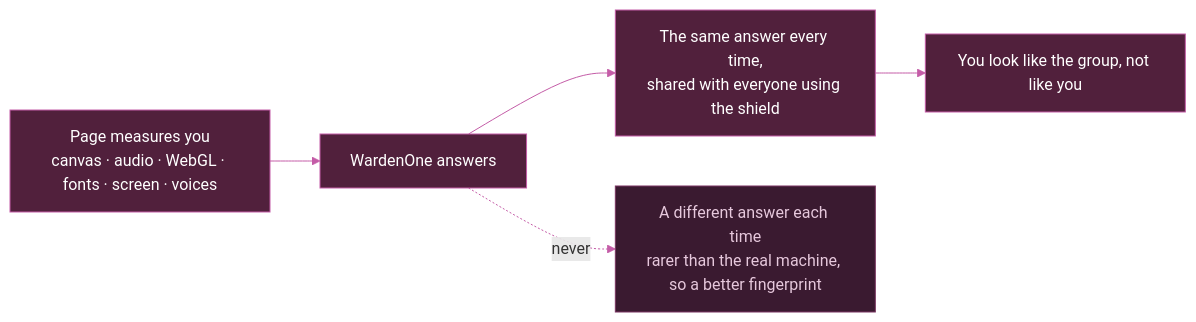
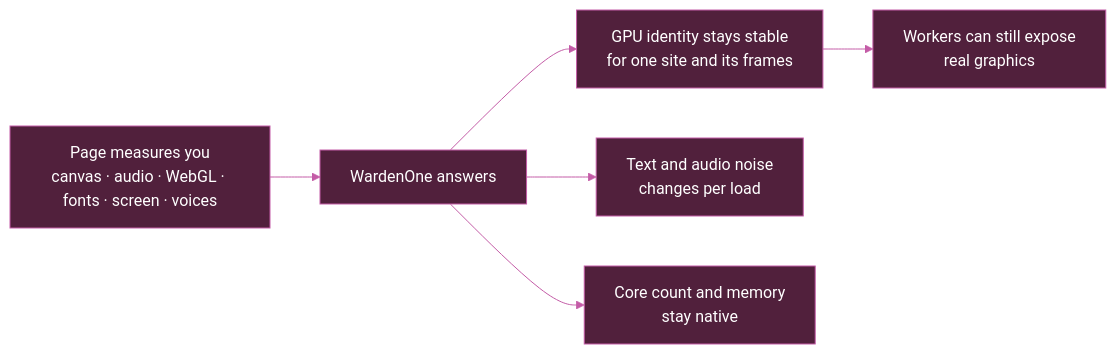
Before and after one commit to iri-dev/WardenOne: the fourth of 6 diagrams in README.md, drawn with Mermaid. The commit also changed other lines of this file and 33 other files, not shown here.

````diff
--- a/README.md
+++ b/README.md
@@ -914,12 +913,11 @@
 ```mermaid
 flowchart LR
     Ask["Page measures you<br/>canvas · audio · WebGL · fonts · screen · voices"] --> Shield["WardenOne answers"]
-    Shield --> Same["The same answer every time,<br/>shared with everyone using the shield"]
-    Shield -.->|never| Random["A different answer each time<br/>rarer than the real machine, so a better fingerprint"]
-    Same --> Crowd["You look like the group, not like you"]
+    Shield --> Stable["GPU identity stays stable<br/>for one site and its frames"]
+    Shield --> Noise["Text and audio noise<br/>changes per load"]
+    Shield --> Native["Core count and memory<br/>stay native"]
+    Stable --> Limit["Workers can still expose<br/>real graphics"]
     classDef warden fill:#51203c,stroke:#c45ca7,color:#ffffff
-    classDef dead fill:#3a1a30,stroke:#7a3562,color:#e6c8dc
-    class Ask,Shield,Same,Crowd warden
-    class Random dead
+    class Ask,Shield,Stable,Noise,Native,Limit warden
     linkStyle default stroke:#c45ca7
 ```
````
